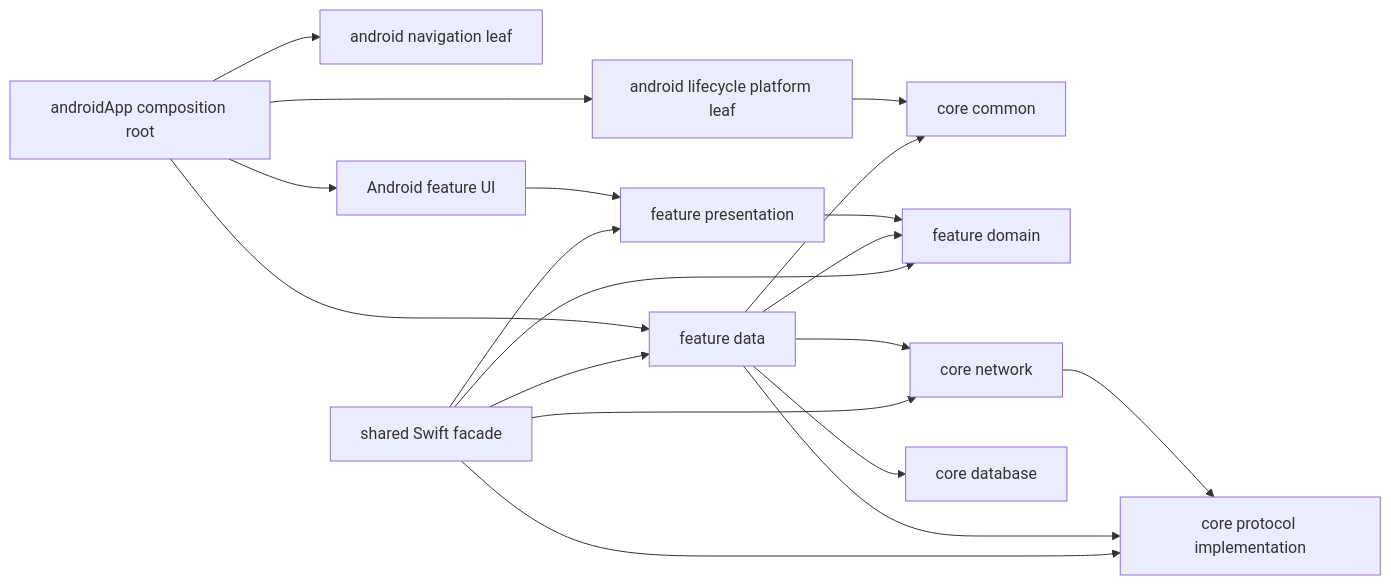
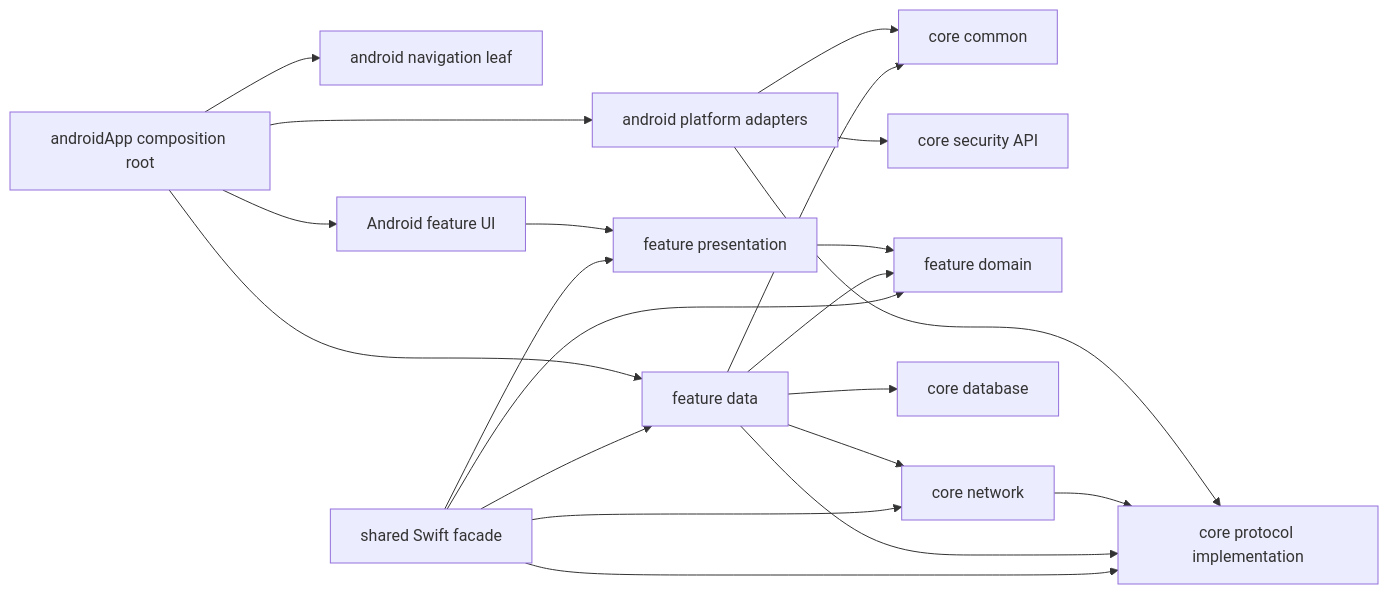
Before and after one commit to VictorSkurchik/rotki: the diagram in mobile/docs/architecture.md, drawn with Mermaid. The commit also changed other lines of this file and 15 other files, not shown here.

````diff
--- a/mobile/docs/architecture.md
+++ b/mobile/docs/architecture.md
@@ -164,21 +169,23 @@
 ```mermaid
 flowchart LR
     AndroidApp["androidApp composition root"] --> AndroidNavigation["android navigation leaf"]
-    AndroidApp --> AndroidPlatform["android lifecycle platform leaf"]
+    AndroidApp --> AndroidPlatform["android platform adapters"]
     AndroidPlatform --> Common["core common"]
+    AndroidPlatform --> SecurityApi["core security API"]
+    AndroidPlatform --> Protocol
     AndroidApp["androidApp composition root"] --> AndroidFeature["Android feature UI"]
     AndroidFeature --> Presentation["feature presentation"]
     Presentation --> Domain["feature domain"]
     Data["feature data"] --> Domain
     Data --> Common["core common"]
     Data --> Network["core network"]
     Network --> Protocol["core protocol implementation"]
     Data --> Protocol
     Data --> Database["core database"]
     AndroidApp --> Data
     Shared["shared Swift facade"] --> Presentation
     Shared --> Domain
     Shared --> Data
     Shared --> Protocol
     Shared --> Network
 ```
````
